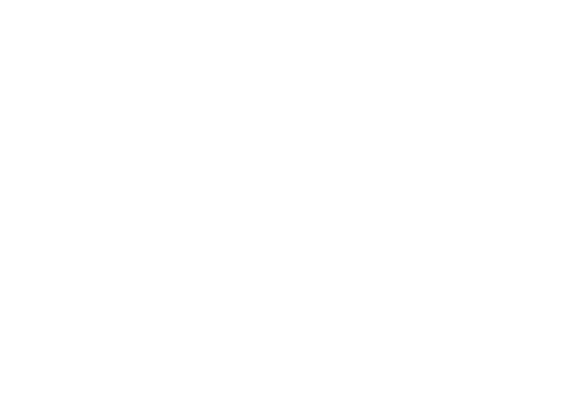
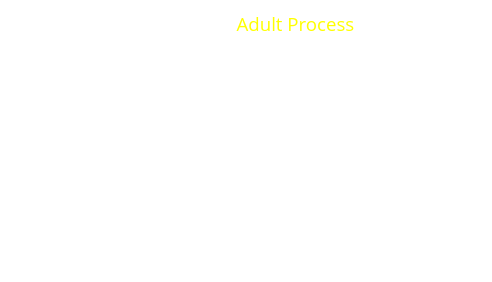
Before and after one commit to clanfear/onati_2024-05-17: the second of 2 diagrams in slides.qmd, drawn with Graphviz. The commit also changed other lines of this file and 3 other files, not shown here.

````diff
--- a/slides.qmd
+++ b/slides.qmd
@@ -218,31 +279,20 @@
 ```{dot}
+//| fig-width: 6
 digraph G{
   graph [layout=neato, bgcolor="transparent"]
-  
   node [shape = plaintext, fontname="Open Sans", fontcolor="white"]
   edge [color="white"]
   
- sc1 [pos = "0,  3.5!", label = "Diffuse\nthreats"]
-  si [pos = "0.5,  2.5!", label = "Generalized fear\nCynicism"]
-  sa [pos = "2.5,  2.5!", label = "Adult gun\ncarrying"]
-  sc2 [pos = "3,  3.5!", label = "Increased\nadult\nviolence"]
-  i1 [pos = "-2, 2.5!", label = "Race\nSex"]
+  title [pos = "1.5,  2.25!", label = "Adult Process", fontcolor = yellow]
+  sc1 [pos = "0,  1.5!", label = "Diffuse\nthreats\n(Instability)"]
+  si [pos = "0.5,  0!", label = "General fear\n& cynicism\n(Risky world)"]
+  sa [pos = "2.5,  0!", label = "Adult gun\ncarrying\n(Mostly legal)"]
+  sc2 [pos = "3,  1.5!", label = "Increased\nadult\nviolence"]
+  i1 [pos = "-1.25, 0!", label = "Race\nSex"]
   
   {sc1, i1} -> si
   sc1 -> sc2
   si -> sa
   sa -> sc2
-  
-  bsc1 [pos = "0,  1!", label = "Immediate\nthreats"]
-  bsi [pos = "0.5,  0!", label = "Specific fear"]
-  bsa [pos = "2.5,  0!", label = "Youth gun\ncarrying"]
-  bsc2 [pos = "3,  1!", label = "Increased\nyouth\nviolence"]
-  bi1 [pos = "-2, 0!", label = "Race\nSex"]
-  
-  {bsc1, bi1} -> bsi
-  bsc1 -> bsc2
-  bsi -> bsa
-  bsa -> bsc2
-  
 }
 ```
````
